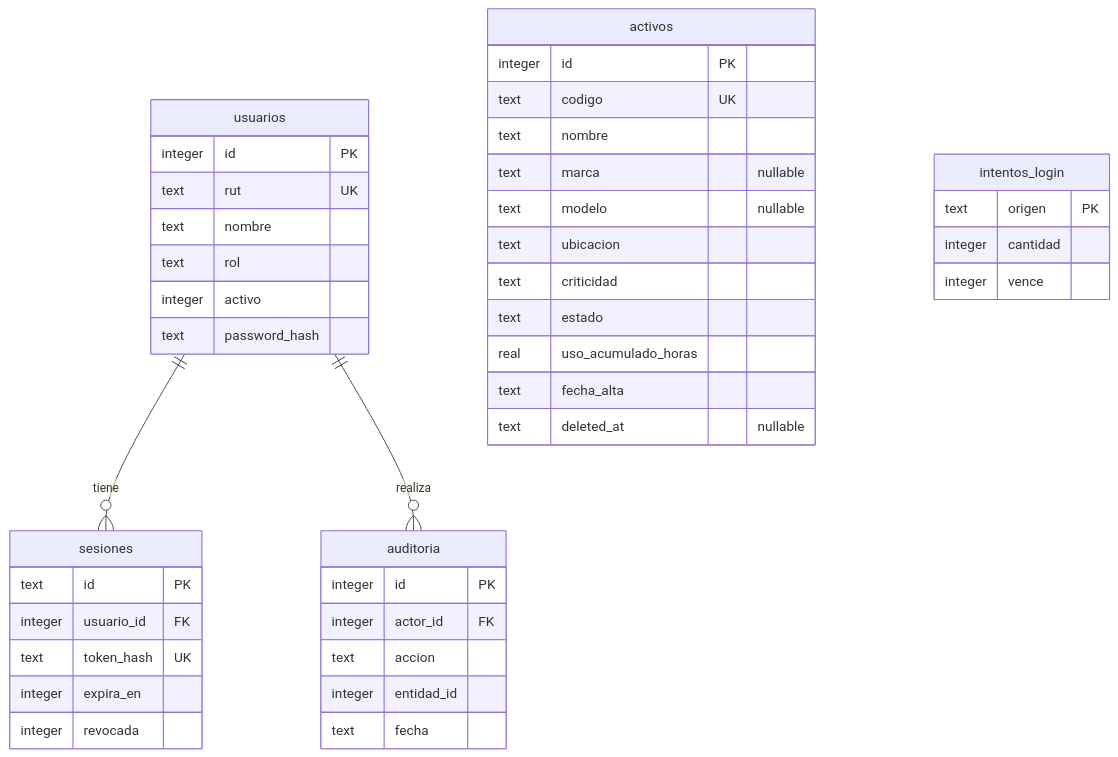
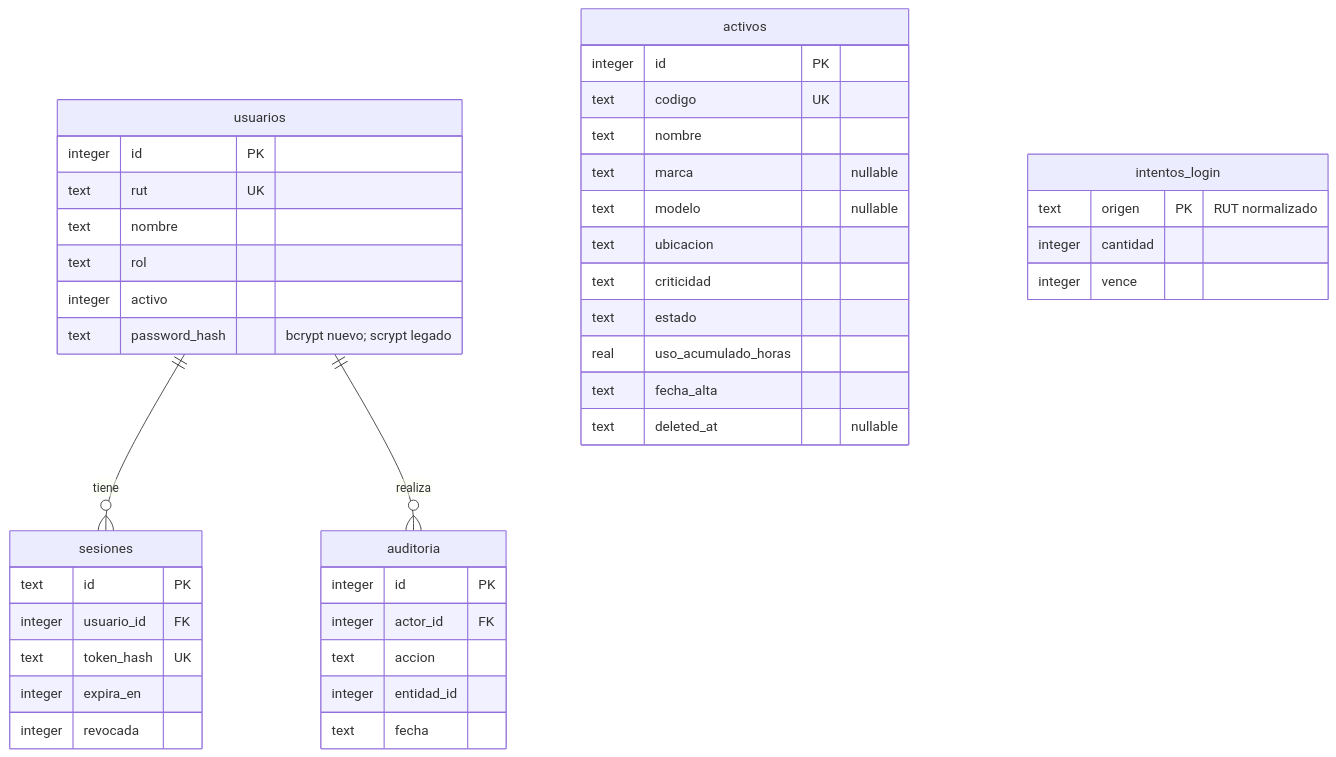
One commit to frduartey-collab/SistemaAndinaSA changed the diagram in docs/sprint-1/03-modelo-datos/modelo-ER.md. Above: the diagram before and after it, drawn with Mermaid. The commit also changed other lines of this file and 26 other files, not shown here.

````diff
--- a/docs/sprint-1/03-modelo-datos/modelo-ER.md
+++ b/docs/sprint-1/03-modelo-datos/modelo-ER.md
@@ -5,45 +5,45 @@
 ```mermaid
 erDiagram
   usuarios ||--o{ sesiones : tiene
   usuarios ||--o{ auditoria : realiza
   usuarios {
     integer id PK
     text rut UK
     text nombre
     text rol
     integer activo
-    text password_hash
+    text password_hash "bcrypt nuevo; scrypt legado"
   }
   sesiones {
     text id PK
     integer usuario_id FK
     text token_hash UK
     integer expira_en
     integer revocada
   }
   activos {
     integer id PK
     text codigo UK
     text nombre
     text marca "nullable"
     text modelo "nullable"
     text ubicacion
     text criticidad
     text estado
     real uso_acumulado_horas
     text fecha_alta
     text deleted_at "nullable"
   }
   auditoria {
     integer id PK
     integer actor_id FK
     text accion
     integer entidad_id
     text fecha
   }
   intentos_login {
-    text origen PK
+    text origen PK "RUT normalizado"
     integer cantidad
     integer vence
   }
 ```
````
